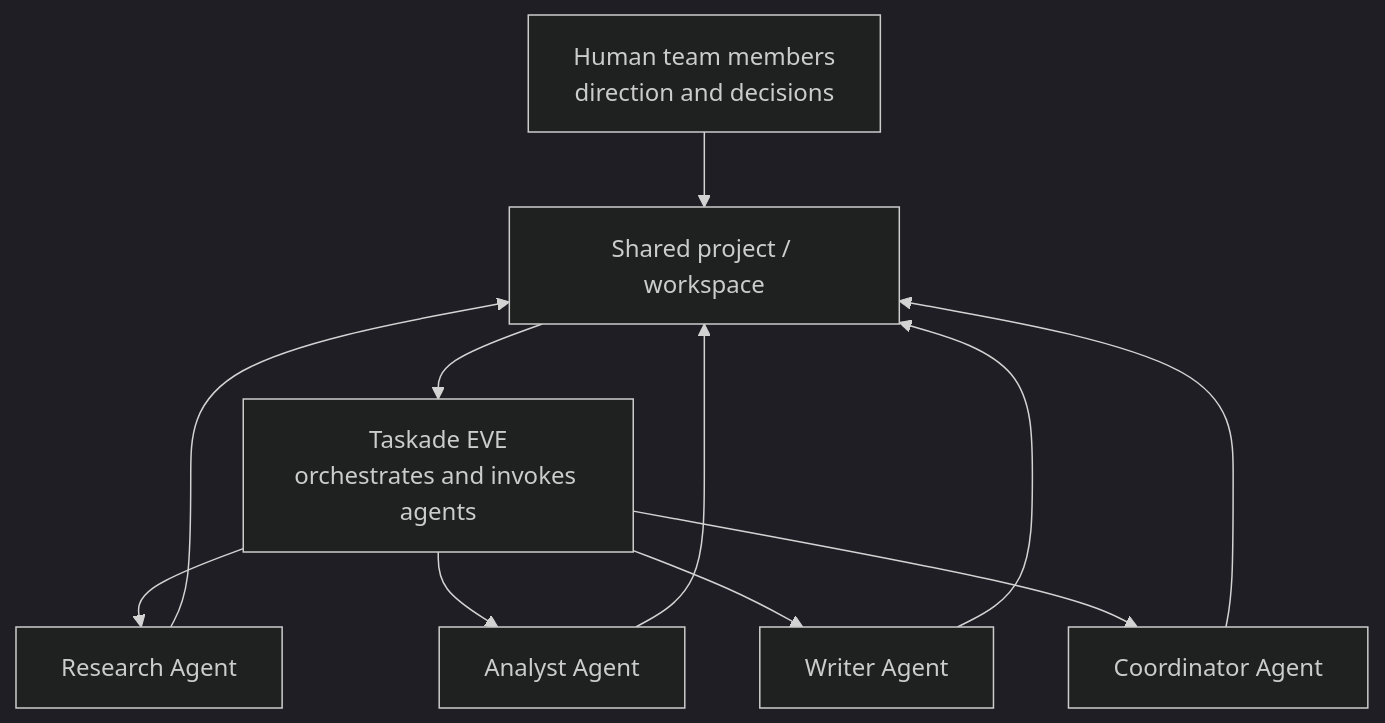
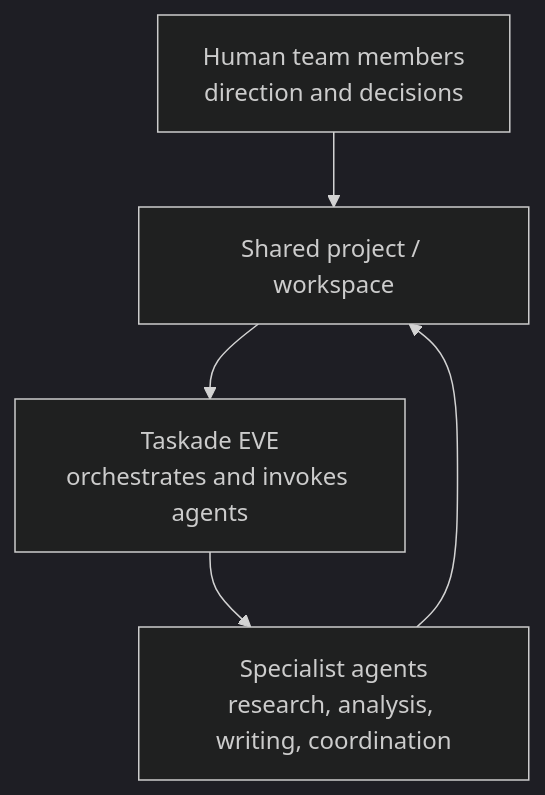
The diagram in genesis-living-system-builder/ai-features/multi-agents.md (taskade/docs), drawn with Mermaid (dark theme) before and after one commit. The commit also changed other lines of this file and 113 other files, not shown here.

````diff
--- a/genesis-living-system-builder/ai-features/multi-agents.md
+++ b/genesis-living-system-builder/ai-features/multi-agents.md
@@ -31,13 +16,7 @@
 ```mermaid
 graph TD
   HUMAN["Human team members<br/>direction and decisions"] --> WS["Shared project / workspace"]
   WS --> EVE["Taskade EVE<br/>orchestrates and invokes agents"]
-  EVE --> RES["Research Agent"]
-  EVE --> ANL["Analyst Agent"]
-  EVE --> WRT["Writer Agent"]
-  EVE --> COORD["Coordinator Agent"]
-  RES --> WS
-  ANL --> WS
-  WRT --> WS
-  COORD --> WS
+  EVE --> AGENTS["Specialist agents<br/>research, analysis, writing, coordination"]
+  AGENTS --> WS
 ```
````
